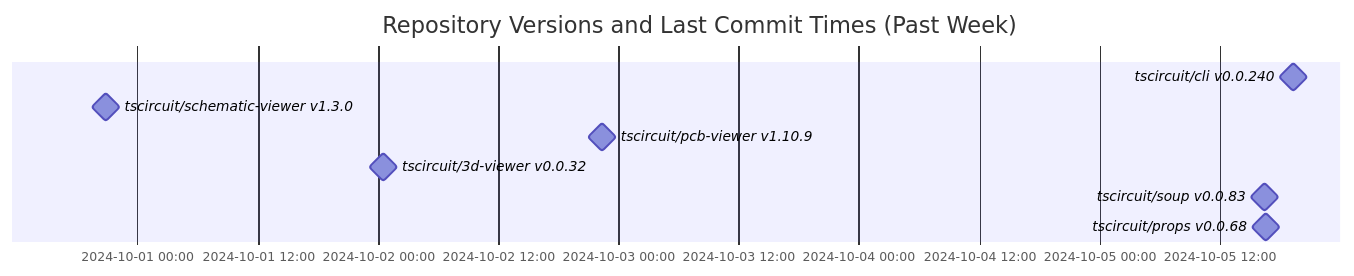
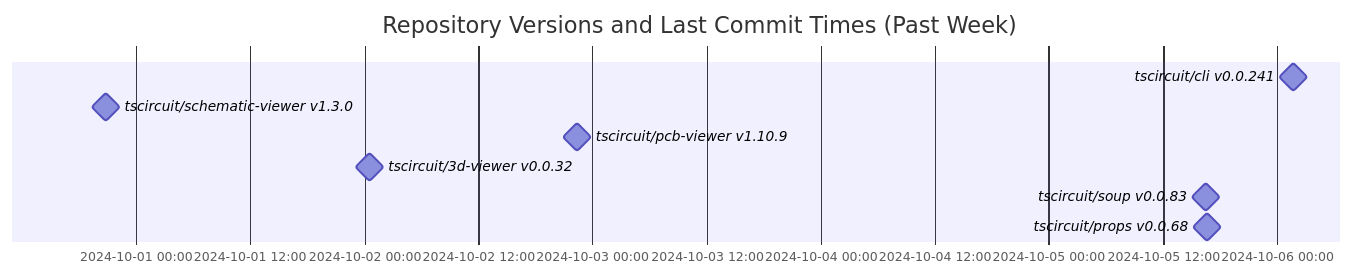
The diagram in README.md (tscircuit/version-tracker), drawn with Mermaid before and after one commit.

Commit message:
Update chart

````diff
--- a/README.md
+++ b/README.md
@@ -1,13 +1,13 @@
 ```mermaid
 gantt
   dateFormat  YYYY-MM-DD HH:mm:ss
   title Repository Versions and Last Commit Times (Past Week)
   axisFormat %Y-%m-%d %H:%M
 
-  tscircuit/cli v0.0.240 : milestone, 2024-10-05 19:22:37, 1s
+  tscircuit/cli v0.0.241 : milestone, 2024-10-06 01:42:36, 1s
   tscircuit/schematic-viewer v1.3.0 : milestone, 2024-09-30 20:50:04, 1s
   tscircuit/pcb-viewer v1.10.9 : milestone, 2024-10-02 22:24:48, 1s
   tscircuit/3d-viewer v0.0.32 : milestone, 2024-10-02 00:30:55, 1s
   tscircuit/soup v0.0.83 : milestone, 2024-10-05 16:28:11, 1s
   tscircuit/props v0.0.68 : milestone, 2024-10-05 16:34:46, 1s
 ```
````
